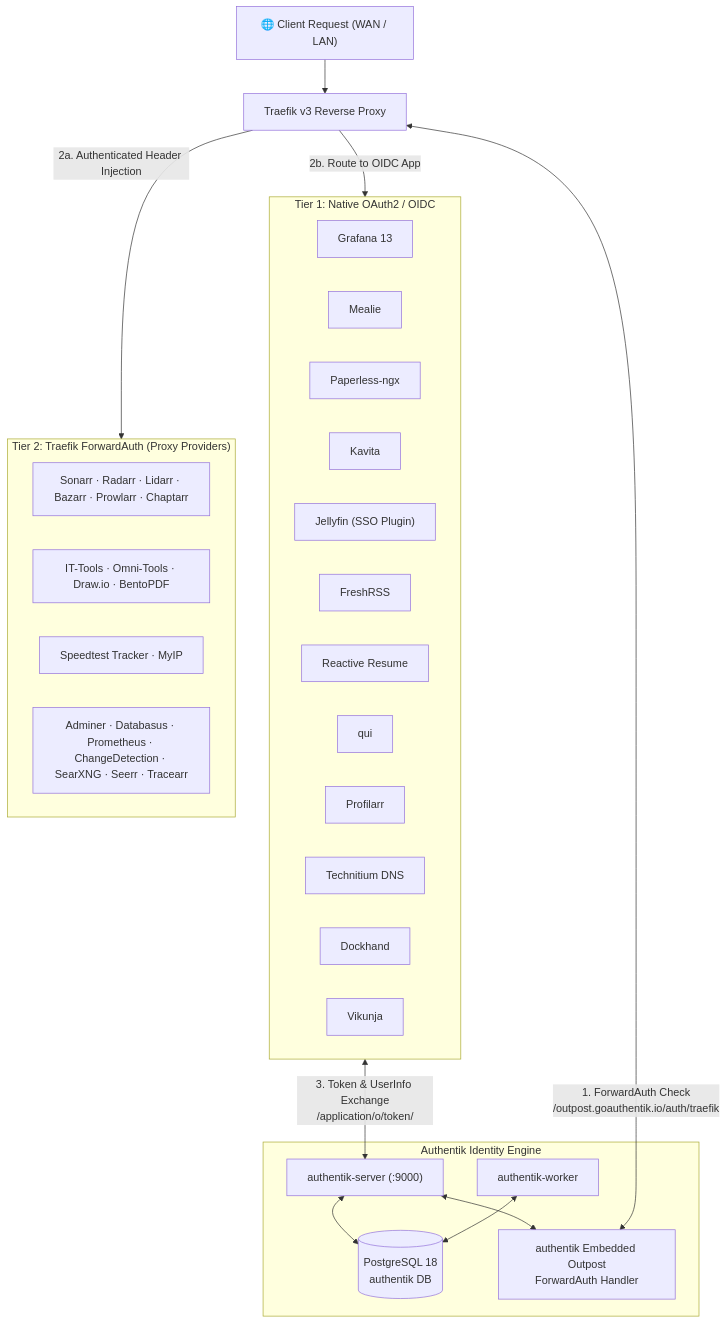
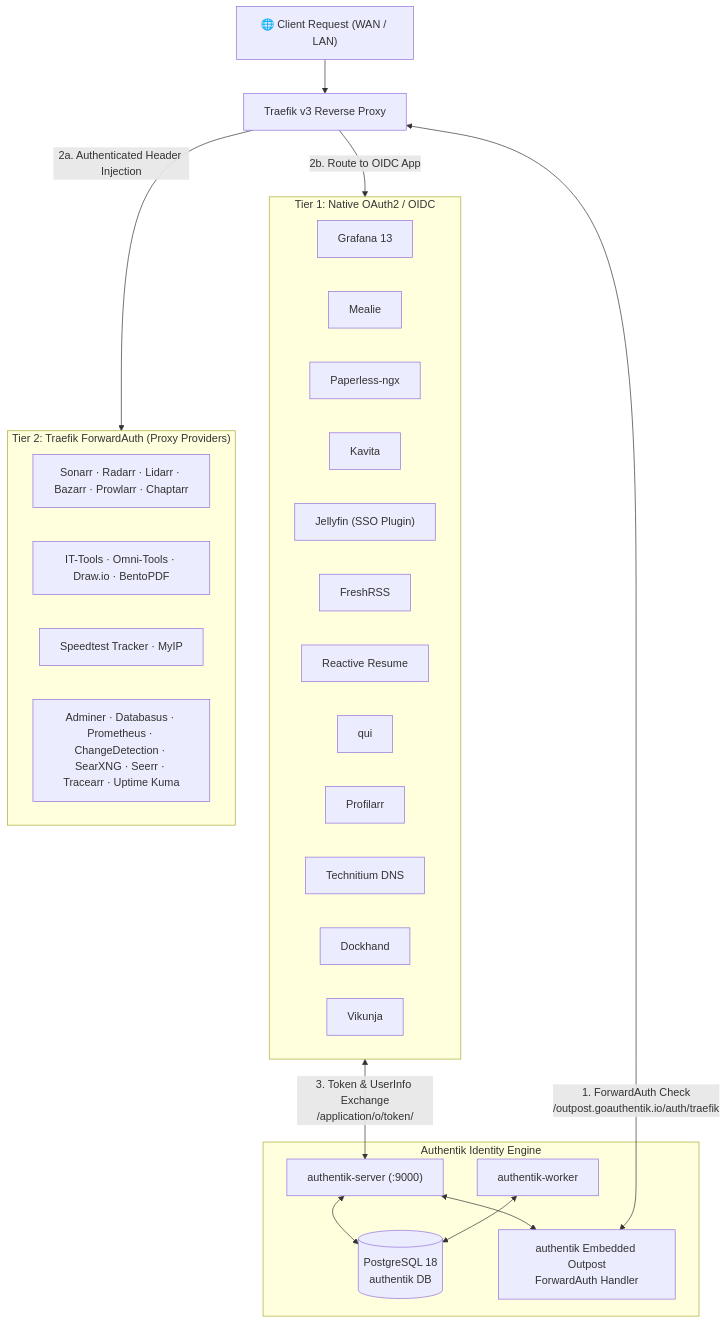
Before and after one commit to Dr20Ervin/205hlab: the diagram in compose/authentik/README.md, drawn with Mermaid. The commit also changed other lines of this file and 9 other files, not shown here.

Commit message:
feat(observability): deploy dual-instance Uptime Kuma monitoring with MariaDB and HAOS watchdog (ADR-006)

````diff
--- a/compose/authentik/README.md
+++ b/compose/authentik/README.md
@@ -18,43 +18,43 @@
 ```mermaid
 flowchart TD
     WAN["🌐 Client Request (WAN / LAN)"] --> Traefik["Traefik v3 Reverse Proxy"]
 
     subgraph AuthentikCore ["Authentik Identity Engine"]
         Server["authentik-server (:9000)"]
         Worker["authentik-worker"]
         Postgres[("PostgreSQL 18<br/>authentik DB")]
         Outpost["authentik Embedded Outpost<br/>ForwardAuth Handler"]
         
         Server <--> Postgres
         Worker <--> Postgres
         Server <--> Outpost
     end
 
     Traefik <-->|1. ForwardAuth Check<br/>/outpost.goauthentik.io/auth/traefik| Outpost
 
     subgraph NativeOIDC ["Tier 1: Native OAuth2 / OIDC"]
         Grafana["Grafana 13"]
         Mealie["Mealie"]
         Paperless["Paperless-ngx"]
         Kavita["Kavita"]
         Jellyfin["Jellyfin (SSO Plugin)"]
         FreshRSS["FreshRSS"]
         Resume["Reactive Resume"]
         Qui["qui"]
         Profilarr["Profilarr"]
         Technitium["Technitium DNS"]
         Dockhand["Dockhand"]
         Vikunja["Vikunja"]
     end
 
     subgraph ProxyAuth ["Tier 2: Traefik ForwardAuth (Proxy Providers)"]
         Servarr["Sonarr · Radarr · Lidarr · Bazarr · Prowlarr · Chaptarr"]
         WebTools["IT-Tools · Omni-Tools · Draw.io · BentoPDF"]
         NetMon["Speedtest Tracker · MyIP"]
-        InternalOps["Adminer · Databasus · Prometheus · ChangeDetection · SearXNG · Seerr · Tracearr"]
+        InternalOps["Adminer · Databasus · Prometheus · ChangeDetection · SearXNG · Seerr · Tracearr · Uptime Kuma"]
     end
 
     Traefik -->|2a. Authenticated Header Injection| ProxyAuth
     Traefik -->|2b. Route to OIDC App| NativeOIDC
     NativeOIDC <-->|3. Token & UserInfo Exchange<br/>/application/o/token/| Server
 ```
````
